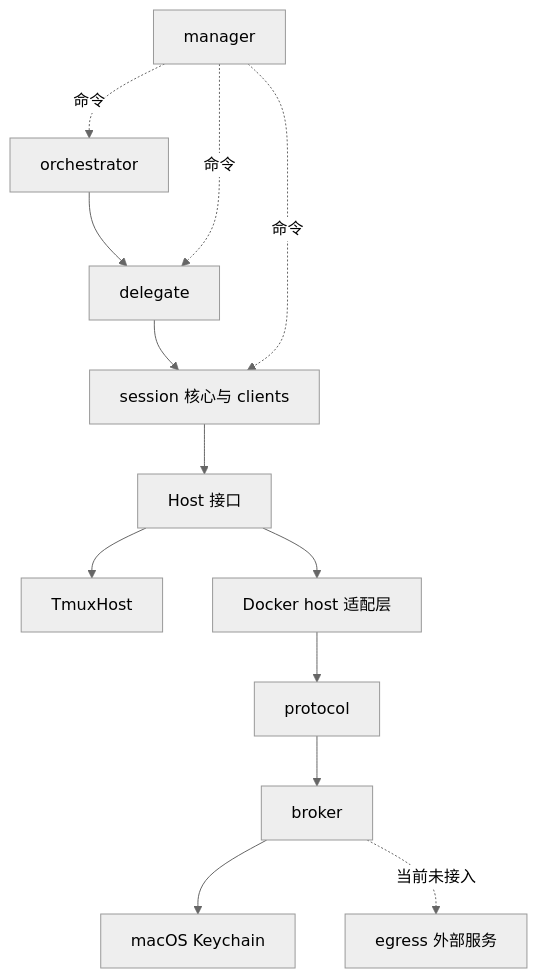
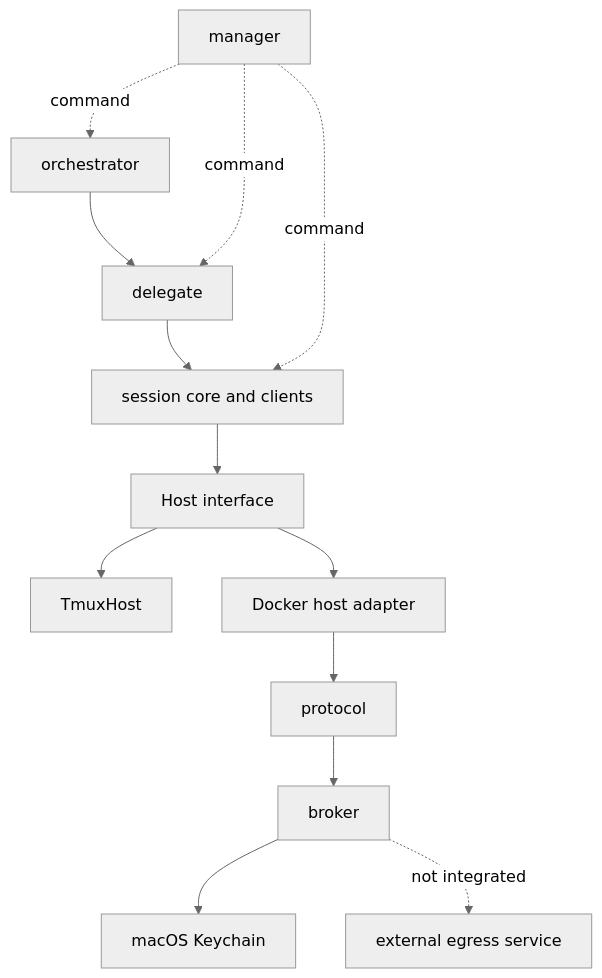
One commit to windroc-labs/ensemble changed the second of 2 diagrams in docs/architecture.md. Above: the diagram before and after it, drawn with Mermaid (neutral theme). The commit also changed other lines of this file and 1 other file, not shown here.

````diff
--- a/docs/architecture.md
+++ b/docs/architecture.md
@@ -115,14 +118,14 @@
 ```mermaid
 flowchart TB
-  M[manager] -. 命令 .-> O[orchestrator]
-  O --> D[delegate] --> S[session 核心与 clients]
-  M -. 命令 .-> D
-  M -. 命令 .-> S
-  S --> H[Host 接口]
+  M[manager] -. command .-> O[orchestrator]
+  O --> D[delegate] --> S[session core and clients]
+  M -. command .-> D
+  M -. command .-> S
+  S --> H[Host interface]
   H --> T[TmuxHost]
-  H --> A[Docker host 适配层]
+  H --> A[Docker host adapter]
   A --> P[protocol]
   P --> B[broker]
   B --> K[macOS Keychain]
-  B -. 当前未接入 .-> E[egress 外部服务]
+  B -. not integrated .-> E[external egress service]
 ```
````
